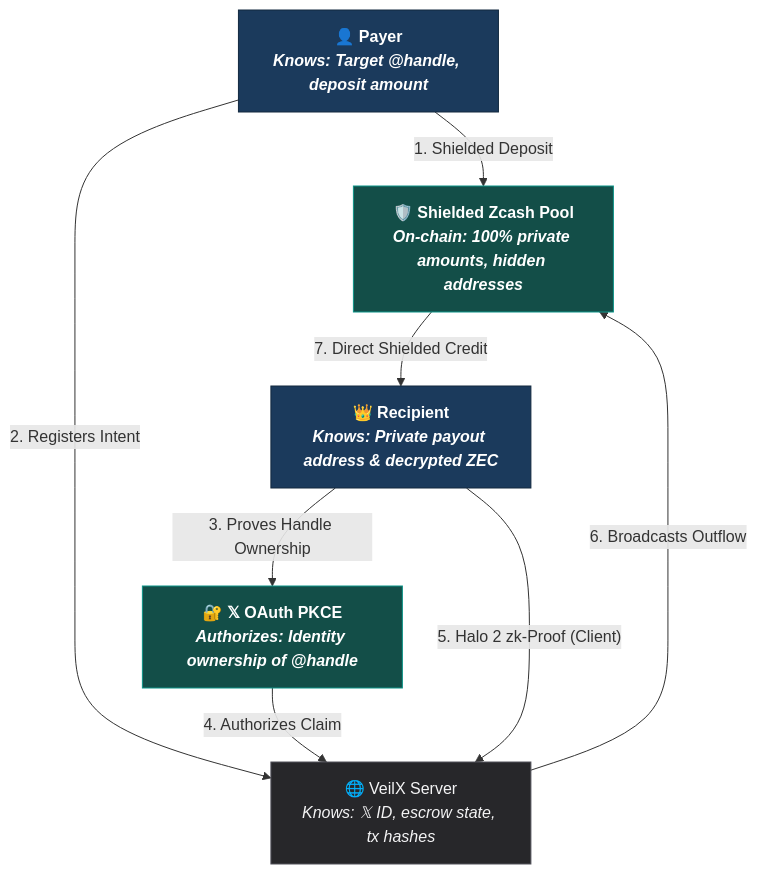
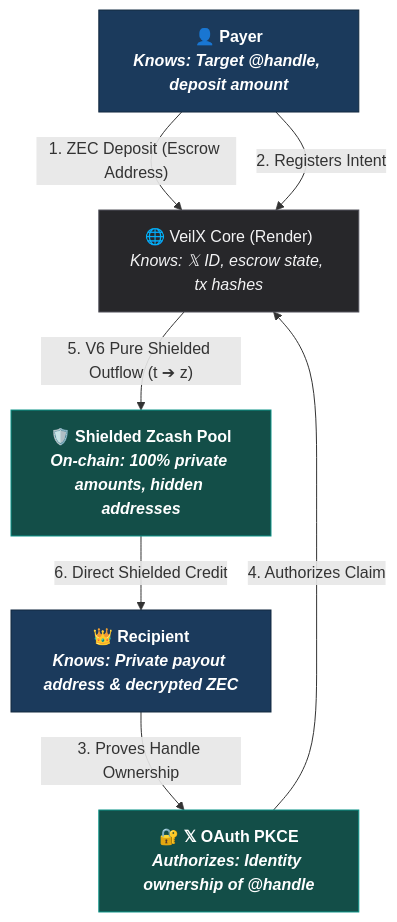
Before and after one commit to Expat-Q/VeilX: the second of 2 diagrams in README.md, drawn with Mermaid. The commit also changed other lines of this file, not shown here.

Commit message:
docs: align README architecture with deterministic escrow and V6 Ironwood shielded outflow

````diff
--- a/README.md
+++ b/README.md
@@ -219,23 +207,22 @@
 ```mermaid
 flowchart TB
     U["👤 Payer<br/><i>Knows: Target @handle, deposit amount</i>"]
-    V["🌐 VeilX Server<br/><i>Knows: 𝕏 ID, escrow state, tx hashes</i>"]
+    V["🌐 VeilX Core (Render)<br/><i>Knows: 𝕏 ID, escrow state, tx hashes</i>"]
     X["🔐 𝕏 OAuth PKCE<br/><i>Authorizes: Identity ownership of @handle</i>"]
     Z["🛡️ Shielded Zcash Pool<br/><i>On-chain: 100% private amounts, hidden addresses</i>"]
     C["👑 Recipient<br/><i>Knows: Private payout address & decrypted ZEC</i>"]
 
-    U -->|"1. Shielded Deposit"| Z
+    U -->|"1. ZEC Deposit (Escrow Address)"| V
     U -->|"2. Registers Intent"| V
     C -->|"3. Proves Handle Ownership"| X
     X -->|"4. Authorizes Claim"| V
-    C -->|"5. Halo 2 zk-Proof (Client)"| V
-    V -->|"6. Broadcasts Outflow"| Z
-    Z -->|"7. Direct Shielded Credit"| C
+    V -->|"5. V6 Pure Shielded Outflow (t ➔ z)"| Z
+    Z -->|"6. Direct Shielded Credit"| C
 
     classDef participant fill:#1b3a5c,stroke:#12293f,color:#ffffff,font-weight:bold;
     classDef privacy fill:#134e48,stroke:#0d9488,color:#ffffff,font-weight:bold;
     classDef server fill:#27272a,stroke:#52525b,color:#f4f4f5;
     class U,C participant;
     class Z,X privacy;
     class V server;
 ```
````
